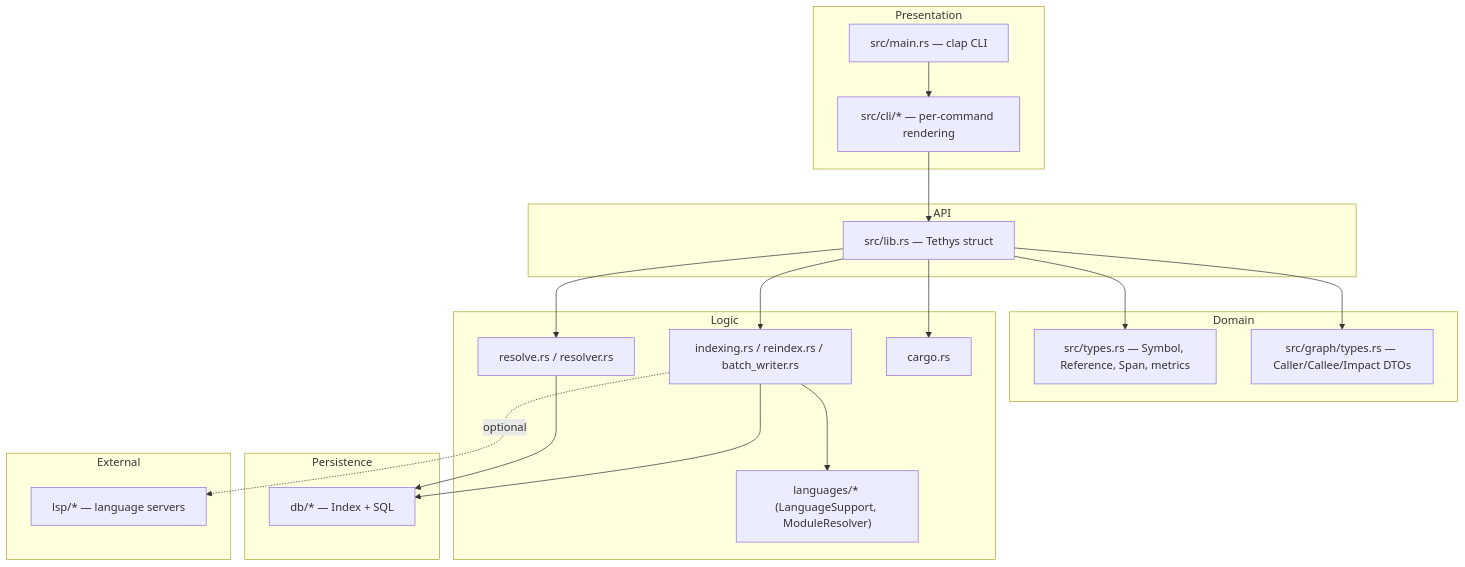
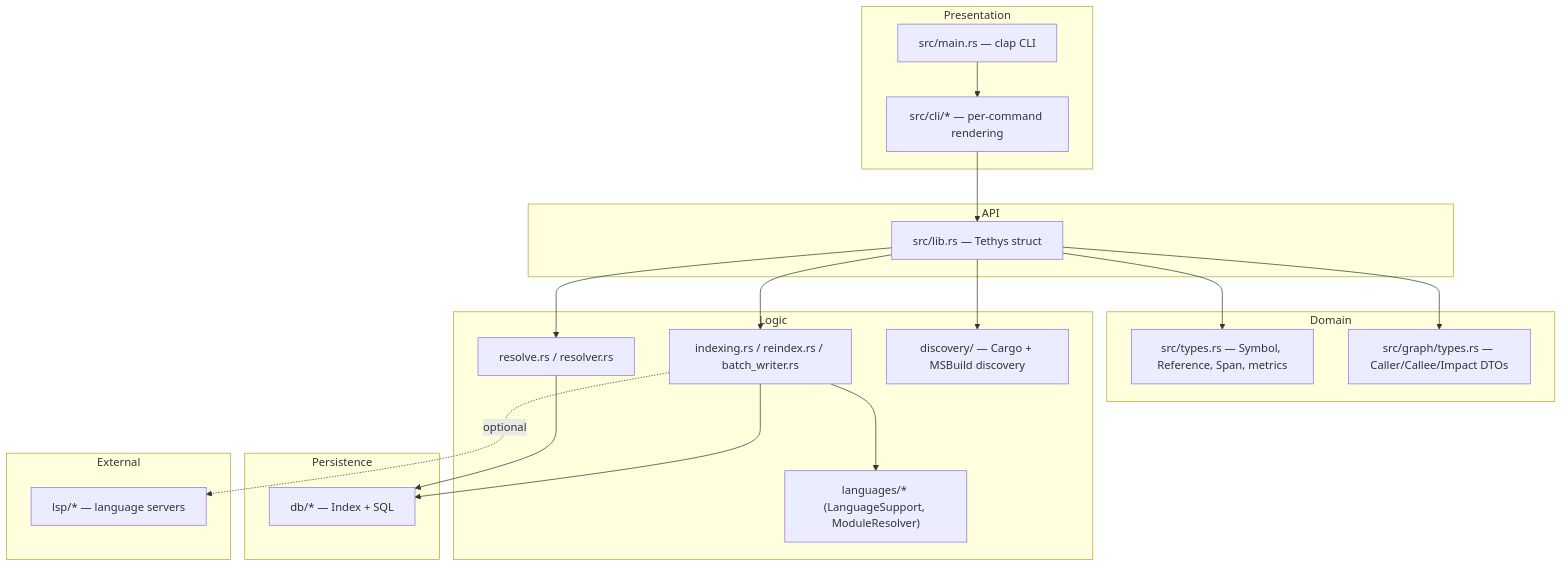
The second of 5 diagrams in .agents/summary/architecture.md (dwalleck/tethys), drawn with Mermaid before and after one commit. The commit also changed other lines of this file and 74 other files, not shown here.

````diff
--- a/.agents/summary/architecture.md
+++ b/.agents/summary/architecture.md
@@ -31,34 +35,34 @@
 ```mermaid
 graph TD
     subgraph Presentation
         A1["src/main.rs — clap CLI"]
         A2["src/cli/* — per-command rendering"]
     end
     subgraph API
         B1["src/lib.rs — Tethys struct"]
     end
     subgraph Domain
         C1["src/types.rs — Symbol, Reference, Span, metrics"]
         C2["src/graph/types.rs — Caller/Callee/Impact DTOs"]
     end
     subgraph Logic
         D1["indexing.rs / reindex.rs / batch_writer.rs"]
         D2["resolve.rs / resolver.rs"]
         D3["languages/* (LanguageSupport, ModuleResolver)"]
-        D4["cargo.rs"]
+        D4["discovery/ — Cargo + MSBuild discovery"]
     end
     subgraph Persistence
         E1["db/* — Index + SQL"]
     end
     subgraph External
         F1["lsp/* — language servers"]
     end
 
     A1 --> A2 --> B1
     B1 --> C1 & C2
     B1 --> D1 & D2 & D4
     D1 --> D3
     D1 --> E1
     D2 --> E1
     D1 -.optional.-> F1
 ```
````
